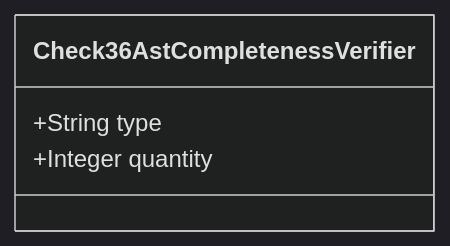
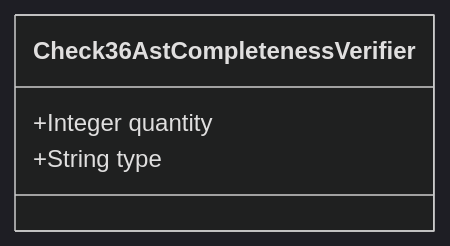
The diagram in .pipeline/upstream/docs/features/FEAT-24-Check36AstCompletenessVerifier.md (gintatkinson/DEAP01-spec-core), drawn with Mermaid (dark theme) before and after one commit. The commit also changed other lines of this file and 179 other files, not shown here.

Commit message:
fix(compiler): remediate upstream specification forward projection, diagram synthesis, and GitHub blob URL resolution

````diff
--- a/.pipeline/upstream/docs/features/FEAT-24-Check36AstCompletenessVerifier.md
+++ b/.pipeline/upstream/docs/features/FEAT-24-Check36AstCompletenessVerifier.md
@@ -16,7 +16,7 @@
 ```mermaid
 classDiagram
     class Check36AstCompletenessVerifier {
+        +Integer quantity
         +String type
-        +Integer quantity
     }
 ```
````
